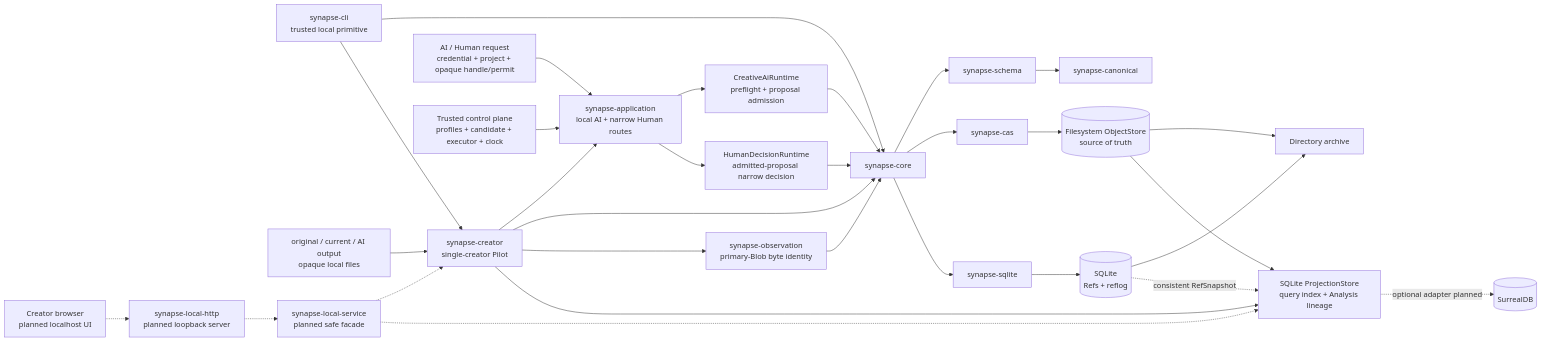
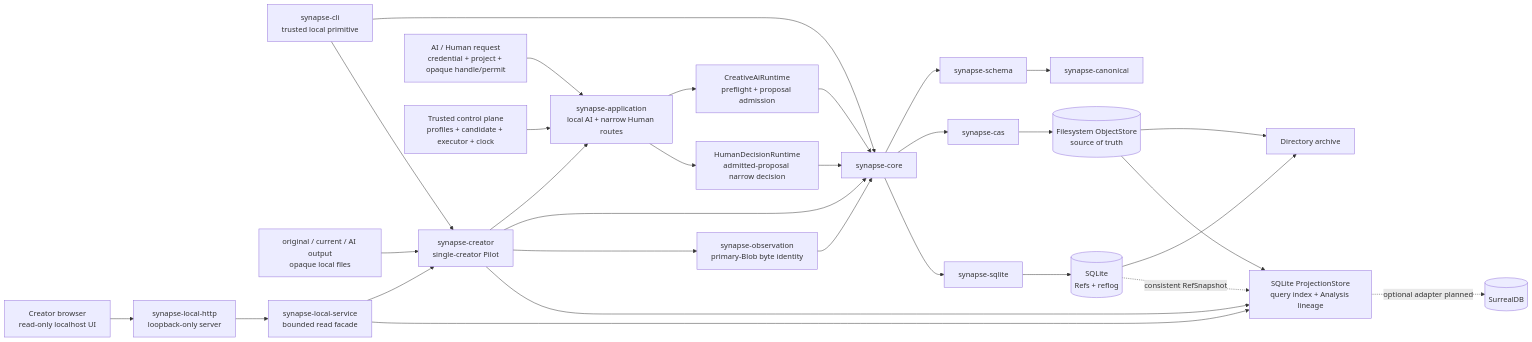
The second of 2 diagrams in README.md (howlrs/synapsegit), drawn with Mermaid before and after one commit. The commit also changed other lines of this file and 55 other files, not shown here.

````diff
--- a/README.md
+++ b/README.md
@@ -270,32 +305,32 @@
 ```mermaid
 flowchart LR
     CLI["synapse-cli<br/>trusted local primitive"] --> Core[synapse-core]
     Files["original / current / AI output<br/>opaque local files"] --> Creator["synapse-creator<br/>single-creator Pilot"]
     CLI --> Creator
     Request["AI / Human request<br/>credential + project + opaque handle/permit"] --> App["synapse-application<br/>local AI + narrow Human routes"]
     Control["Trusted control plane<br/>profiles + candidate + executor + clock"] --> App
     Creator --> App
     Creator --> Core
     Creator --> Observation["synapse-observation<br/>primary-Blob byte identity"]
     Observation --> Core
     App --> AIRuntime["CreativeAiRuntime<br/>preflight + proposal admission"]
     App --> HRuntime["HumanDecisionRuntime<br/>admitted-proposal narrow decision"]
     AIRuntime --> Core
     HRuntime --> Core
     Core --> Schema[synapse-schema]
     Schema --> Canon[synapse-canonical]
     Core --> Store[synapse-cas]
     Core --> Refs[synapse-sqlite]
     Store --> CAS[("Filesystem ObjectStore<br/>source of truth")]
     Refs --> DB[("SQLite<br/>Refs + reflog")]
     CAS --> Archive[Directory archive]
     DB --> Archive
     CAS --> Projection["SQLite ProjectionStore<br/>query index + Analysis lineage"]
     DB -. consistent RefSnapshot .-> Projection
     Creator --> Projection
-    Browser["Creator browser<br/>planned localhost UI"] -.-> LocalHTTP["synapse-local-http<br/>planned loopback server"]
-    LocalHTTP -.-> LocalService["synapse-local-service<br/>planned safe facade"]
-    LocalService -.-> Creator
-    LocalService -.-> Projection
+    Browser["Creator browser<br/>read-only localhost UI"] --> LocalHTTP["synapse-local-http<br/>loopback-only server"]
+    LocalHTTP --> LocalService["synapse-local-service<br/>bounded read facade"]
+    LocalService --> Creator
+    LocalService --> Projection
     Projection -. optional adapter planned .-> SurrealDB[(SurrealDB)]
 ```
````
